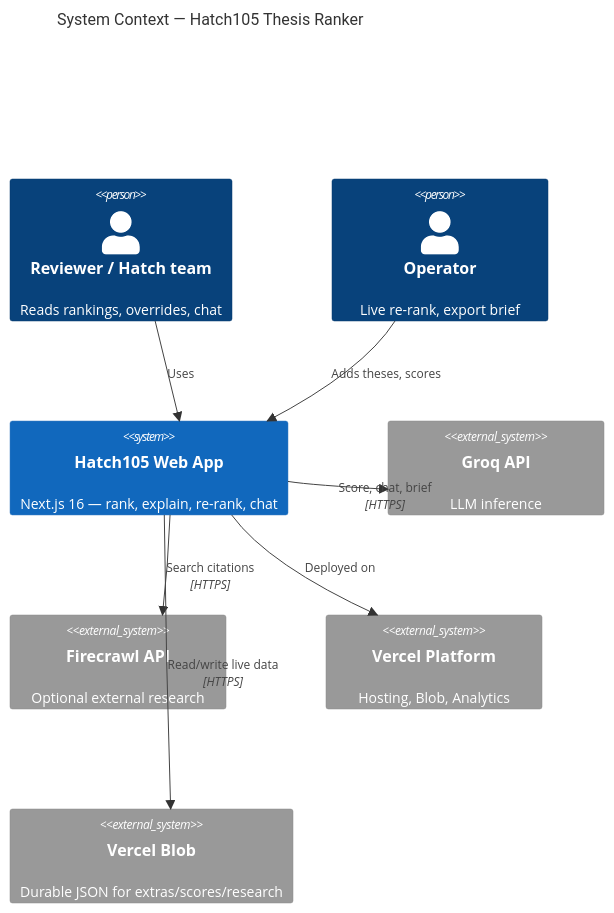
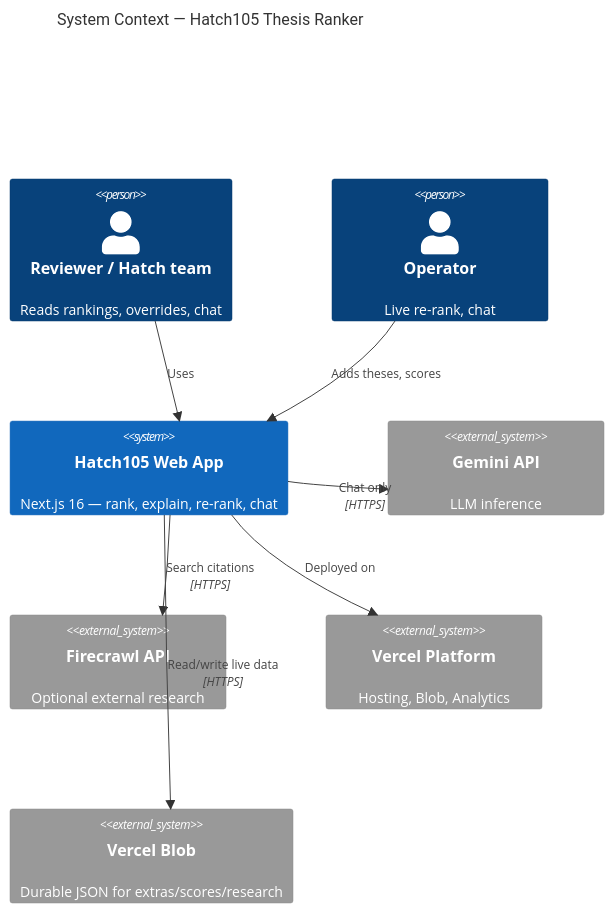
One commit to Manoj7ar/Hatch105-Project changed the third of 31 diagrams in README.md. Above: the diagram before and after it, drawn with Mermaid. The commit also changed other lines of this file and 47 other files, not shown here.

First line of the commit message:
Use deterministic scoring for ranking; reserve Gemini for chat only.

````diff
--- a/README.md
+++ b/README.md
@@ -142,21 +133,21 @@
 ```mermaid
 C4Context
   title System Context — Hatch105 Thesis Ranker
 
   Person(reviewer, "Reviewer / Hatch team", "Reads rankings, overrides, chat")
-  Person(operator, "Operator", "Live re-rank, export brief")
+  Person(operator, "Operator", "Live re-rank, chat")
 
   System(hatch105, "Hatch105 Web App", "Next.js 16 — rank, explain, re-rank, chat")
 
-  System_Ext(groq, "Groq API", "LLM inference")
+  System_Ext(groq, "Gemini API", "LLM inference")
   System_Ext(firecrawl, "Firecrawl API", "Optional external research")
   System_Ext(vercel, "Vercel Platform", "Hosting, Blob, Analytics")
   System_Ext(blob, "Vercel Blob", "Durable JSON for extras/scores/research")
 
   Rel(reviewer, hatch105, "Uses")
   Rel(operator, hatch105, "Adds theses, scores")
-  Rel(hatch105, groq, "Score, chat, brief", "HTTPS")
+  Rel(hatch105, groq, "Chat only", "HTTPS")
   Rel(hatch105, firecrawl, "Search citations", "HTTPS")
   Rel(hatch105, vercel, "Deployed on")
   Rel(hatch105, blob, "Read/write live data", "HTTPS")
 ```
````
